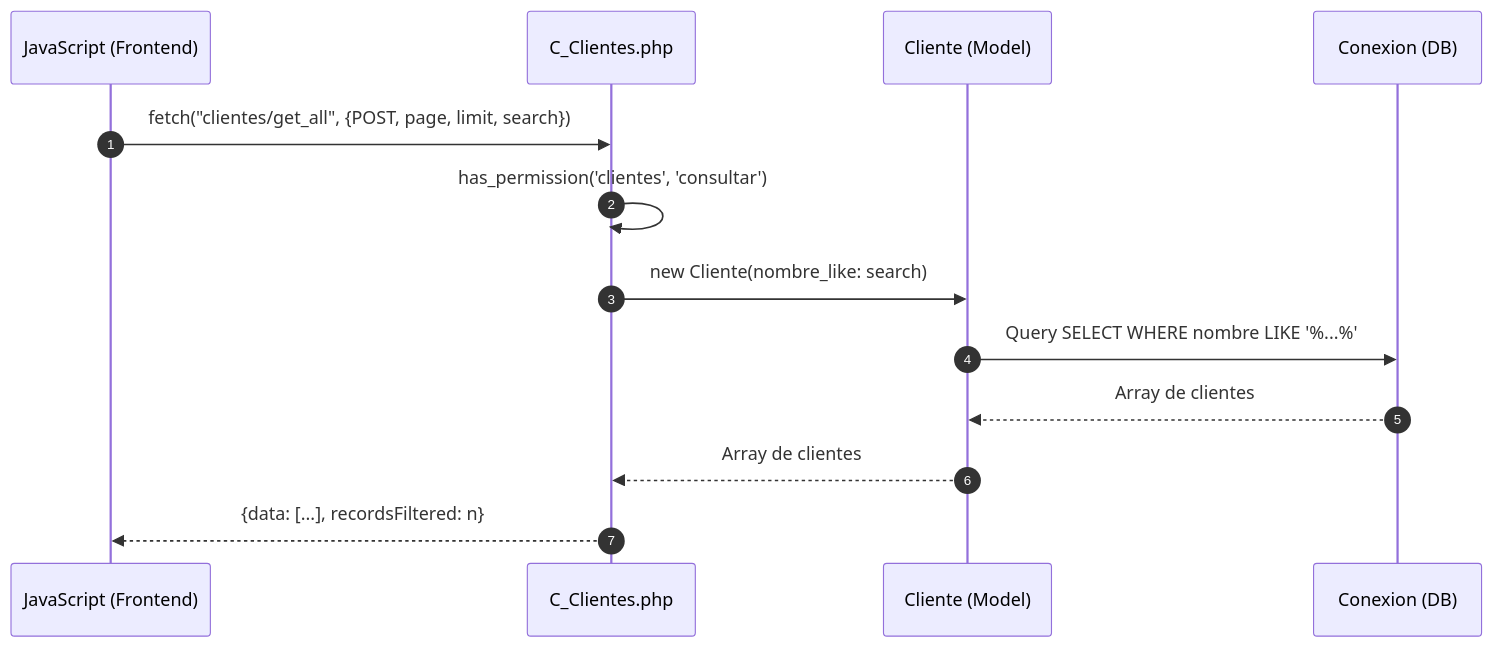
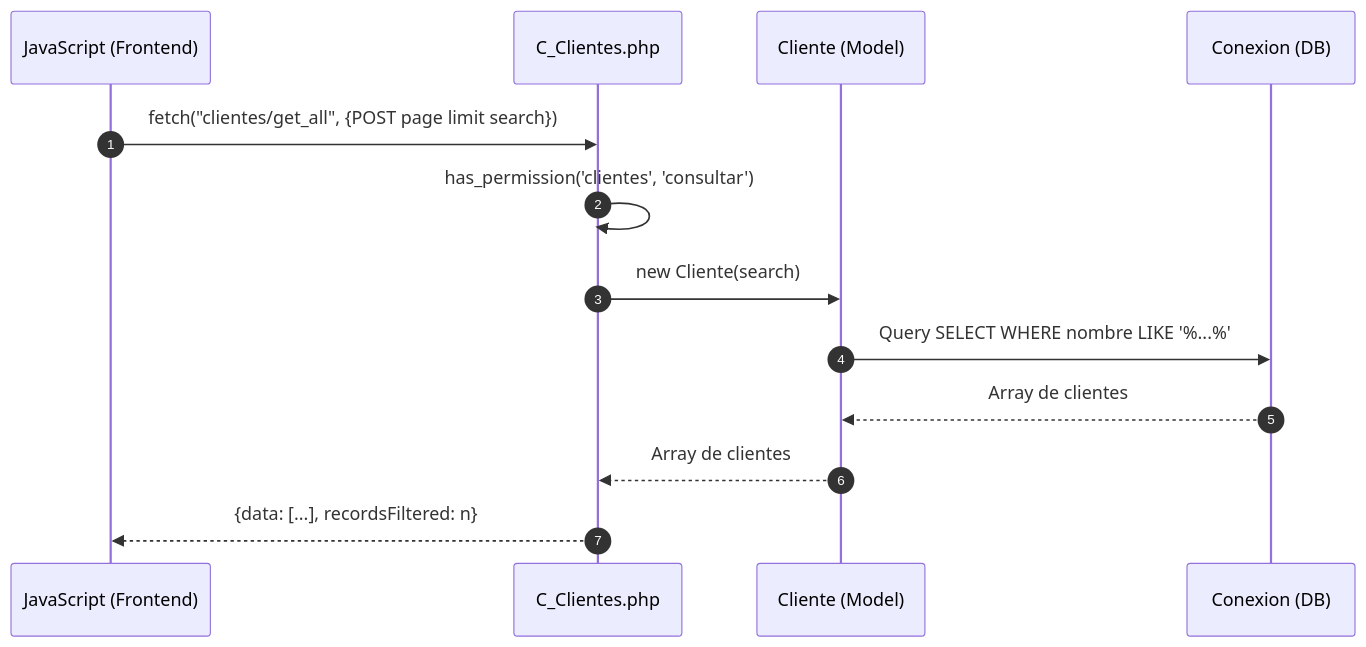
The second of 5 diagrams in docs/secuencia/clientes/clientes.md (Tecrato/BurgerHouse), drawn with Mermaid before and after one commit. The commit also changed other lines of this file and 13 other files, not shown here.

Commit message:
diagramas de secuencia

````diff
--- a/docs/secuencia/clientes/clientes.md
+++ b/docs/secuencia/clientes/clientes.md
@@ -35,19 +35,19 @@
 ```mermaid
 sequenceDiagram
     autonumber
     participant JS as JavaScript (Frontend)
     participant C_Clientes as C_Clientes.php
     participant Cliente as Cliente (Model)
     participant DB as Conexion (DB)
     
-    JS->>C_Clientes: fetch("clientes/get_all", {POST, page, limit, search})
+    JS->>C_Clientes: fetch("clientes/get_all", {POST page limit search})
     
     C_Clientes->>C_Clientes: has_permission('clientes', 'consultar')
     
-    C_Clientes->>Cliente: new Cliente(nombre_like: search)
+    C_Clientes->>Cliente: new Cliente(search)
     Cliente->>DB: Query SELECT WHERE nombre LIKE '%...%'
     DB-->>Cliente: Array de clientes
     Cliente-->>C_Clientes: Array de clientes
     
     C_Clientes-->>JS: {data: [...], recordsFiltered: n}
 ```
````
